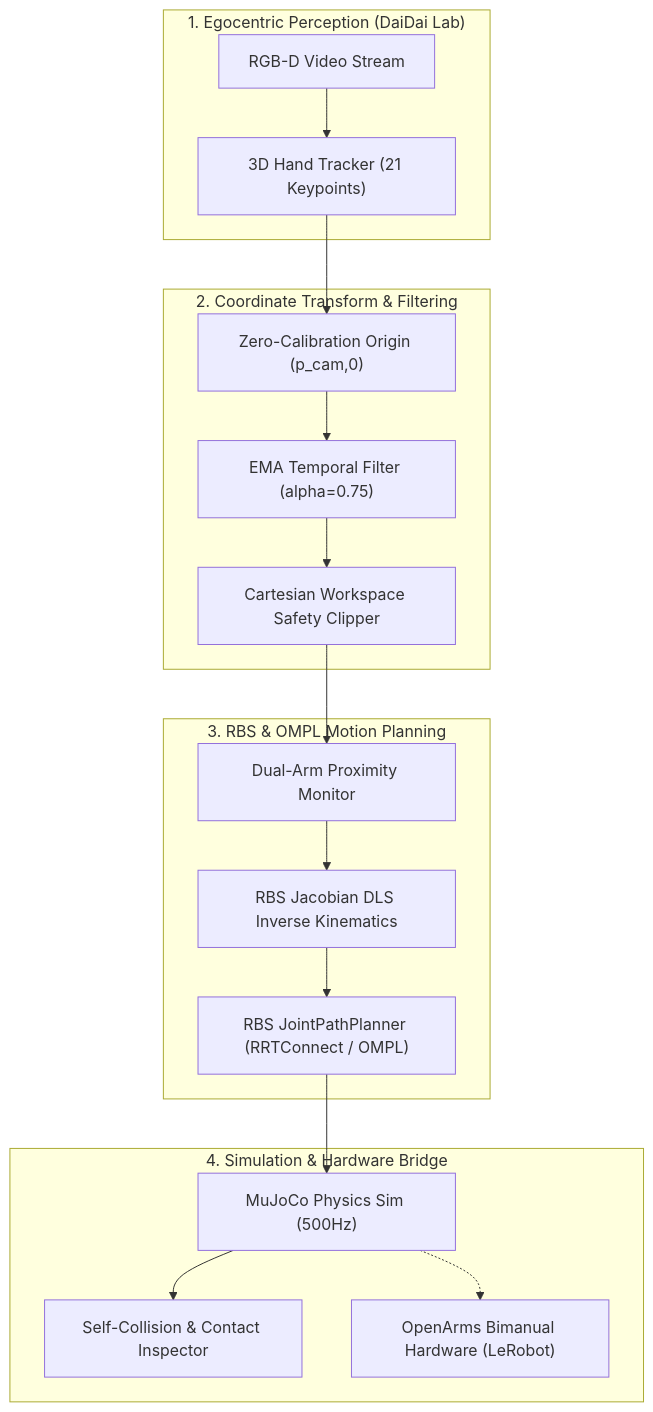
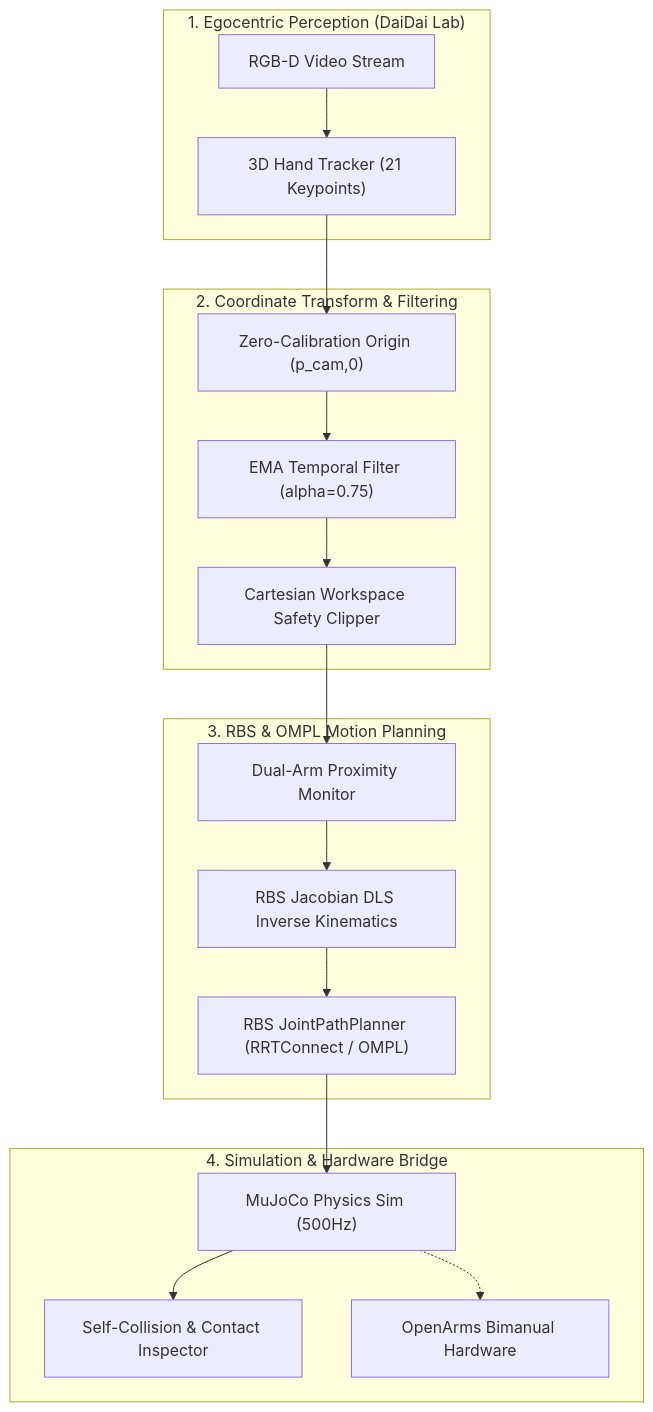
Before and after one commit to pietrodardano/OpenARM_FR3_UR5e: the diagram in docs/architecture.md, drawn with Mermaid. The commit also changed 12 other files, not shown here.

````diff
--- a/docs/architecture.md
+++ b/docs/architecture.md
@@ -5,31 +5,31 @@
 ```mermaid
 graph TD
     subgraph Egocentric Perception ["1. Egocentric Perception (DaiDai Lab)"]
         CamStream["RGB-D Video Stream"]
         HandTrack["3D Hand Tracker (21 Keypoints)"]
         CamStream --> HandTrack
     end
 
     subgraph Coordinate Transformation ["2. Coordinate Transform & Filtering"]
         CamOrigin["Zero-Calibration Origin (p_cam,0)"]
         EMASmooth["EMA Temporal Filter (alpha=0.75)"]
         CartBounds["Cartesian Workspace Safety Clipper"]
         HandTrack --> CamOrigin --> EMASmooth --> CartBounds
     end
 
     subgraph Coordination & Planning ["3. RBS & OMPL Motion Planning"]
         DualState["Dual-Arm Proximity Monitor"]
         RBS_IK["RBS Jacobian DLS Inverse Kinematics"]
         OMPL["RBS JointPathPlanner (RRTConnect / OMPL)"]
         CartBounds --> DualState --> RBS_IK --> OMPL
     end
 
     subgraph Execution ["4. Simulation & Hardware Bridge"]
         MuJoCoEnv["MuJoCo Physics Sim (500Hz)"]
         CollisionCheck["Self-Collision & Contact Inspector"]
-        OpenArmsHW["OpenArms Bimanual Hardware (LeRobot)"]
+        OpenArmsHW["OpenArms Bimanual Hardware"]
         OMPL --> MuJoCoEnv
         MuJoCoEnv --> CollisionCheck
         MuJoCoEnv -.-> OpenArmsHW
     end
 ```
````
